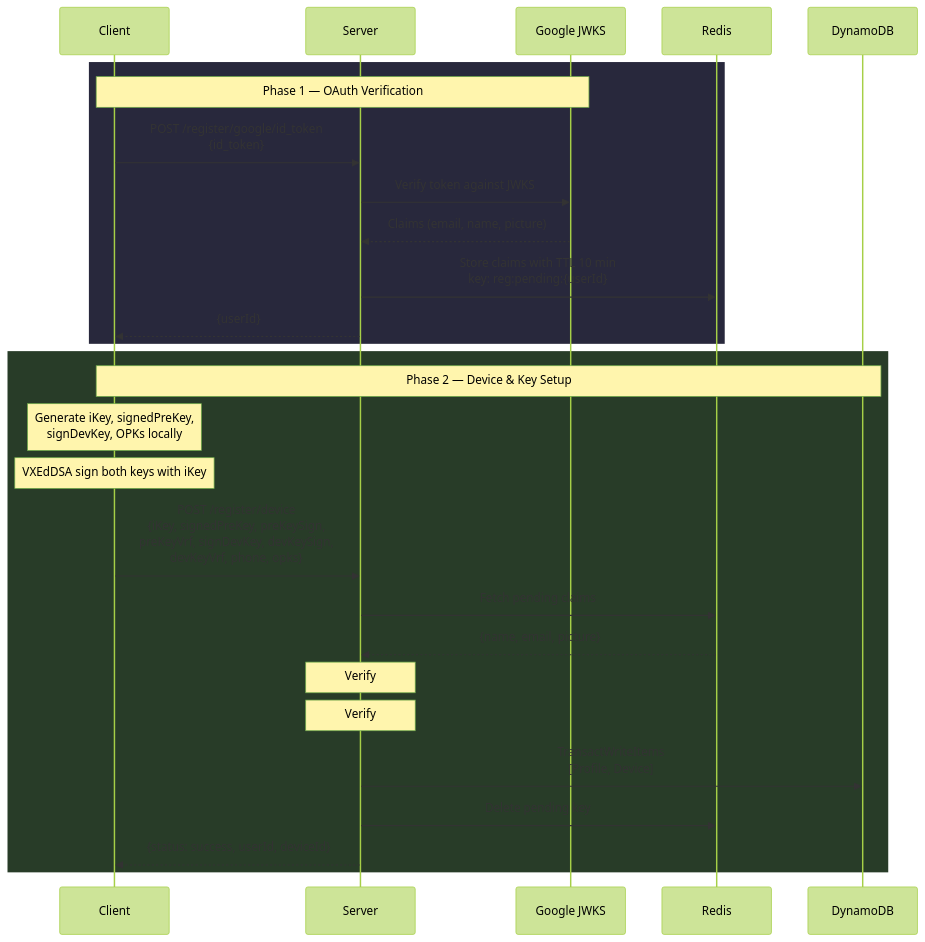
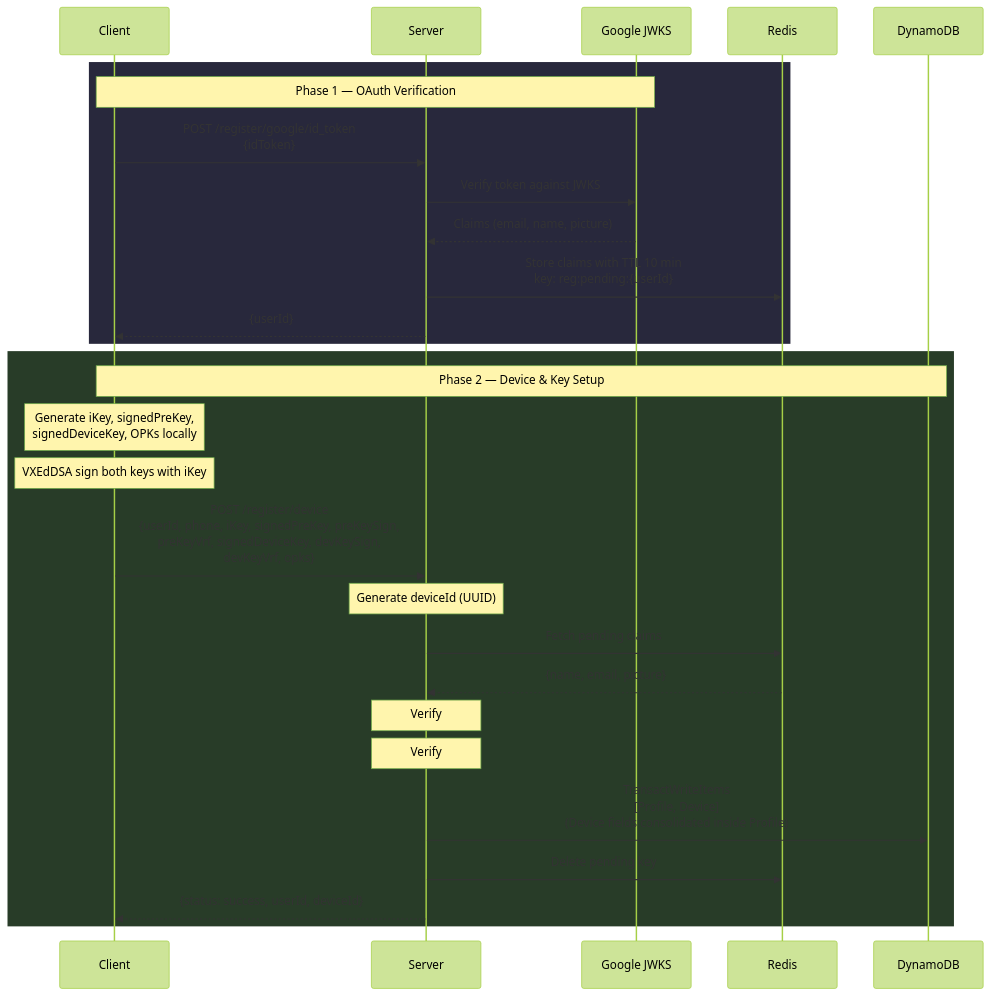
One commit to debarkamondal/khamoshchat-api changed the first of 2 diagrams in docs/architecture.md. Above: the diagram before and after it, drawn with Mermaid (forest theme). The commit also changed other lines of this file and 3 other files, not shown here.

Commit message:
refactor: standardize API naming conventions and consolidate device registration fields into profile models

````diff
--- a/docs/architecture.md
+++ b/docs/architecture.md
@@ -61,31 +61,32 @@
 ```mermaid
 sequenceDiagram
     participant C as Client
     participant S as Server
     participant G as Google JWKS
     participant R as Redis
     participant D as DynamoDB
 
     rect rgb(40, 40, 60)
     Note over C,G: Phase 1 — OAuth Verification
-    C->>S: POST /register/google/id_token<br/>{id_token}
+    C->>S: POST /register/google/id_token<br/>{idToken}
     S->>G: Verify token against JWKS
     G-->>S: Claims (email, name, picture)
     S->>R: Store claims with TTL 10 min<br/>key: reg:pending:{userId}
     S-->>C: {userId}
     end
 
     rect rgb(40, 60, 40)
     Note over C,D: Phase 2 — Device & Key Setup
-    Note over C: Generate iKey, signedPreKey,<br/>signDevKey, OPKs locally
+    Note over C: Generate iKey, signedPreKey,<br/>signedDeviceKey, OPKs locally
     Note over C: VXEdDSA sign both keys with iKey
-    C->>S: POST /register/device<br/>{iKey, signedPreKey, preKeySign,<br/>preKeyVrf, signDevKey, devKeySign,<br/>devKeyVrf, phone, opks}
+    C->>S: POST /register/device<br/>{userId, phone, iKey, signedPreKey, preKeySign,<br/>preKeyVrf, signedDeviceKey, devKeySign,<br/>devKeyVrf, opks}
+    Note over S: Generate deviceId (UUID)
     S->>R: Fetch pending claims
     R-->>S: {name, email, picture}
     Note over S: Verify #1: signedPreKey sig + VRF
-    Note over S: Verify #2: signDevKey sig + VRF
-    S->>D: TransactWriteItems<br/>[Profile, Device]
+    Note over S: Verify #2: signedDeviceKey sig + VRF
+    S->>D: TransactWriteItems<br/>[Profile, Device]<br/>(Device fields consolidated inside Profile)
     S->>R: Delete pending key
     S-->>C: {status: success, userId, deviceId}
     end
 ```
````
